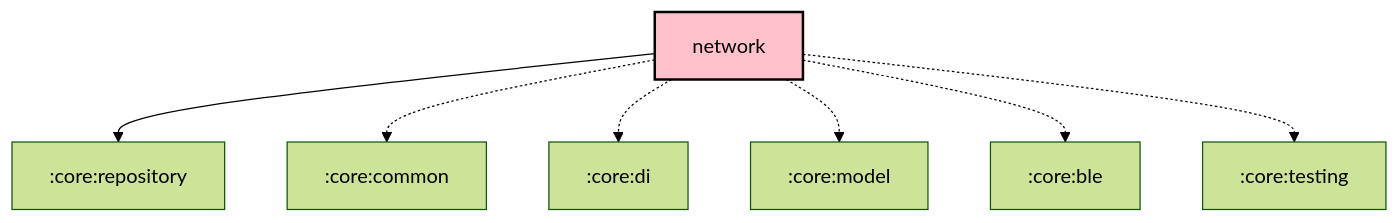
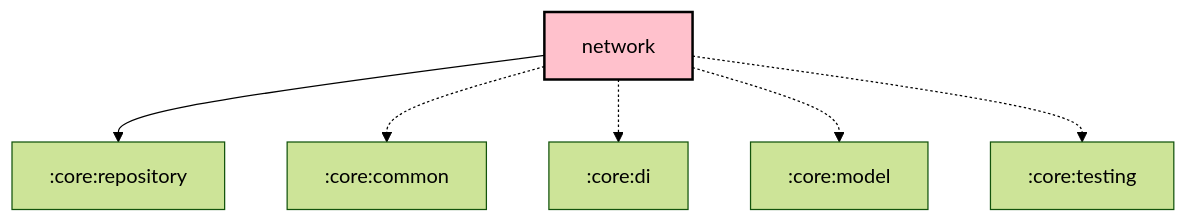
Before and after one commit to meshtastic/Meshtastic-Android: the diagram in core/network/README.md, drawn with Mermaid (forest theme). The commit also changed other lines of this file and 11 other files, not shown here.

````diff
--- a/core/network/README.md
+++ b/core/network/README.md
@@ -29,24 +29,23 @@
 ```mermaid
 graph TB
   :core:network[network]:::kmp-library
   :core:network --> :core:repository
   :core:network -.-> :core:common
   :core:network -.-> :core:di
   :core:network -.-> :core:model
-  :core:network -.-> :core:ble
   :core:network -.-> :core:testing
 
 classDef android-application fill:#CAFFBF,stroke:#000,stroke-width:2px,color:#000;
 classDef android-application-compose fill:#CAFFBF,stroke:#000,stroke-width:2px,color:#000;
 classDef compose-desktop-application fill:#CAFFBF,stroke:#000,stroke-width:2px,color:#000;
 classDef android-feature fill:#FFD6A5,stroke:#000,stroke-width:2px,color:#000;
 classDef android-library fill:#9BF6FF,stroke:#000,stroke-width:2px,color:#000;
 classDef android-library-compose fill:#9BF6FF,stroke:#000,stroke-width:2px,color:#000;
 classDef android-test fill:#A0C4FF,stroke:#000,stroke-width:2px,color:#000;
 classDef jvm-library fill:#BDB2FF,stroke:#000,stroke-width:2px,color:#000;
 classDef kmp-feature fill:#FFD6A5,stroke:#000,stroke-width:2px,color:#000;
 classDef kmp-library-compose fill:#FFC1CC,stroke:#000,stroke-width:2px,color:#000;
 classDef kmp-library fill:#FFC1CC,stroke:#000,stroke-width:2px,color:#000;
 classDef unknown fill:#FFADAD,stroke:#000,stroke-width:2px,color:#000;
 
 ```
````
